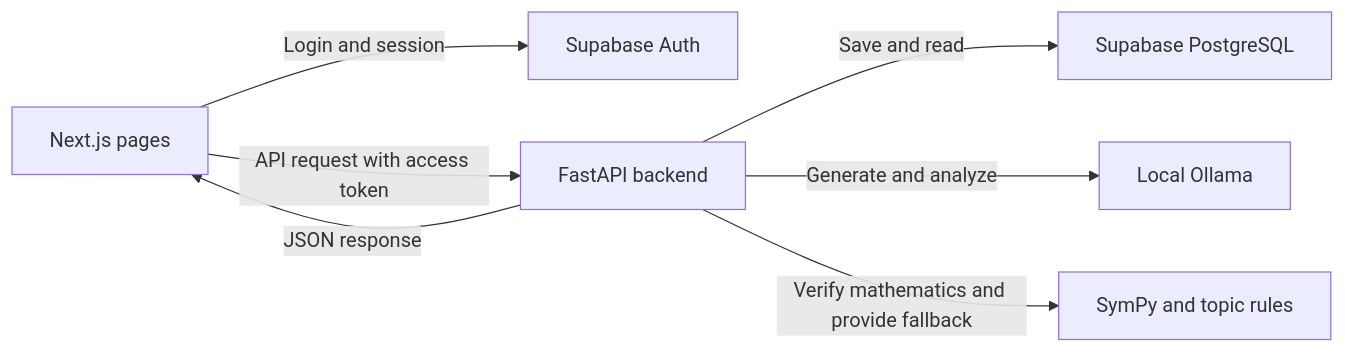
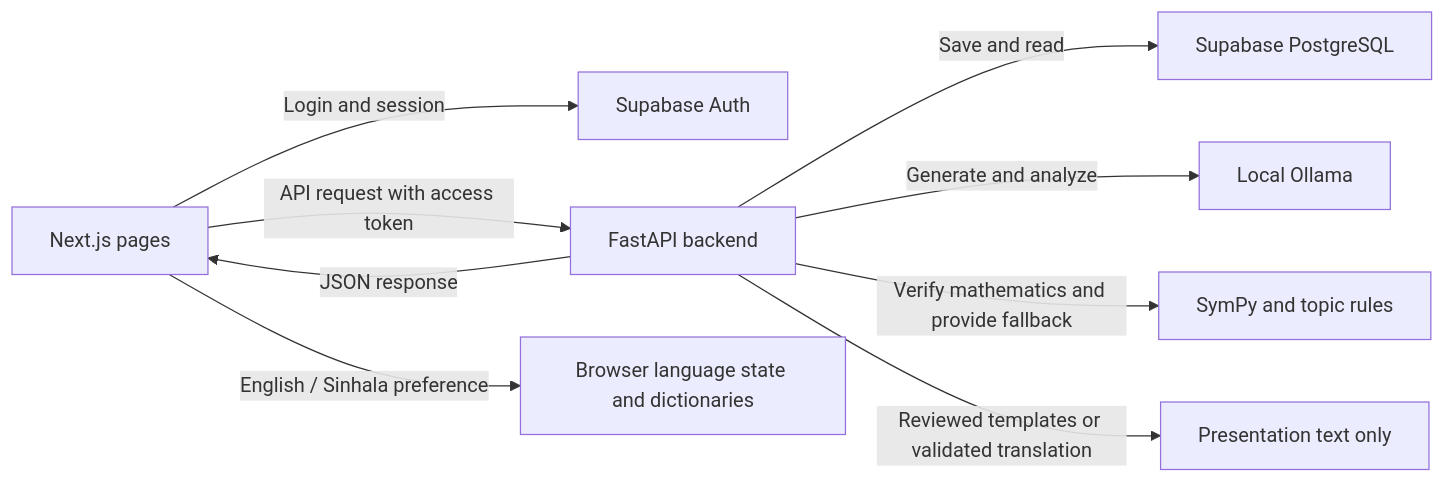
One commit to Nadula-W/mathroot changed the diagram in docs/README.md. Above: the diagram before and after it, drawn with Mermaid. The commit also changed other lines of this file and 89 other files, not shown here.

````diff
--- a/docs/README.md
+++ b/docs/README.md
@@ -12,9 +12,11 @@
 ```mermaid
 flowchart LR
     UI[Next.js pages] -->|Login and session| AUTH[Supabase Auth]
     UI -->|API request with access token| API[FastAPI backend]
     API -->|Save and read| DB[Supabase PostgreSQL]
     API -->|Generate and analyze| AI[Local Ollama]
     API -->|Verify mathematics and provide fallback| RULES[SymPy and topic rules]
     API -->|JSON response| UI
+    UI -->|English / Sinhala preference| LANG[Browser language state and dictionaries]
+    API -->|Reviewed templates or validated translation| TEXT[Presentation text only]
 ```
````
